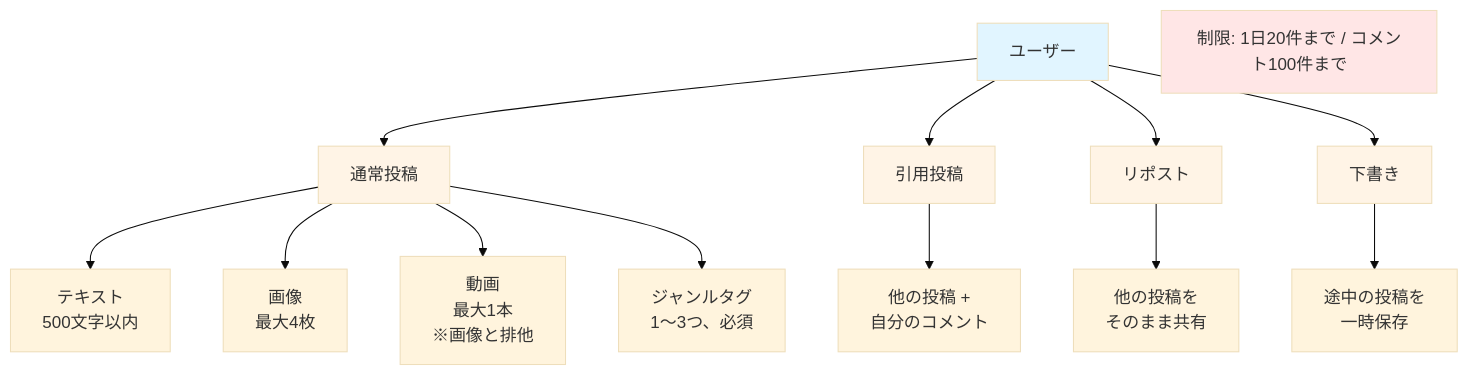
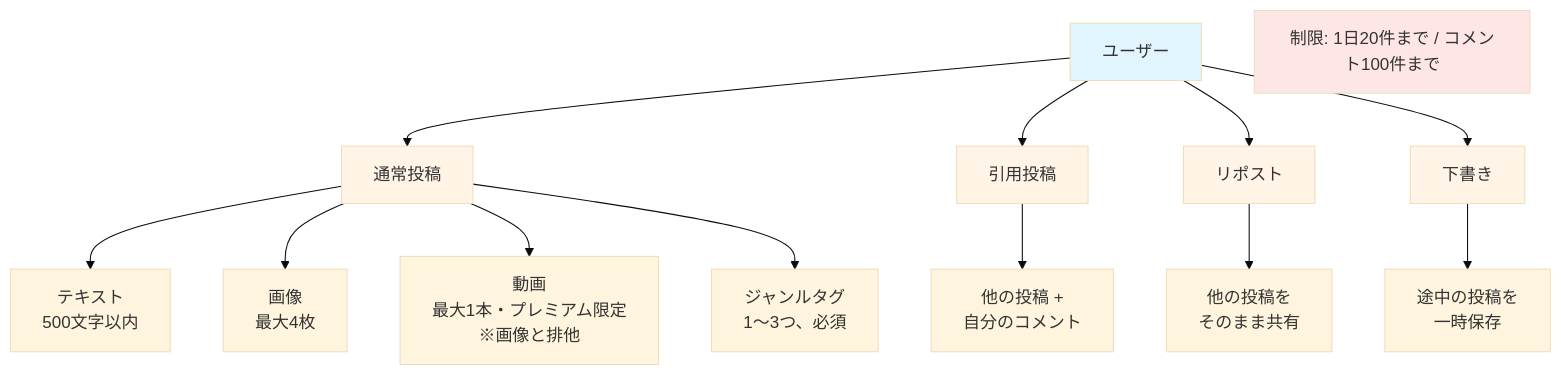
Before and after one commit to oltotlo79-rgb/Bon_Log_cfw: the second of 28 diagrams in docs/tutorial/09_posts.md, drawn with Mermaid (base theme). The commit also changed other lines of this file and 35 other files, not shown here.

````diff
--- a/docs/tutorial/09_posts.md
+++ b/docs/tutorial/09_posts.md
@@ -174,25 +174,25 @@
 ```mermaid
 graph TD
     A[ユーザー] --> B[通常投稿]
     A --> C[引用投稿]
     A --> D[リポスト]
     A --> E[下書き]
 
     B --> B1[テキスト<br/>500文字以内]
     B --> B2[画像<br/>最大4枚]
-    B --> B3[動画<br/>最大1本<br/>※画像と排他]
+    B --> B3[動画<br/>最大1本・プレミアム限定<br/>※画像と排他]
     B --> B4[ジャンルタグ<br/>1〜3つ、必須]
 
     C --> C1[他の投稿 +<br/>自分のコメント]
     D --> D1[他の投稿を<br/>そのまま共有]
     E --> E1[途中の投稿を<br/>一時保存]
 
     style A fill:#e1f5ff
     style B fill:#fff4e6
     style C fill:#fff4e6
     style D fill:#fff4e6
     style E fill:#fff4e6
 
     F[制限: 1日20件まで / コメント100件まで]
     style F fill:#ffe6e6
 ```
````
